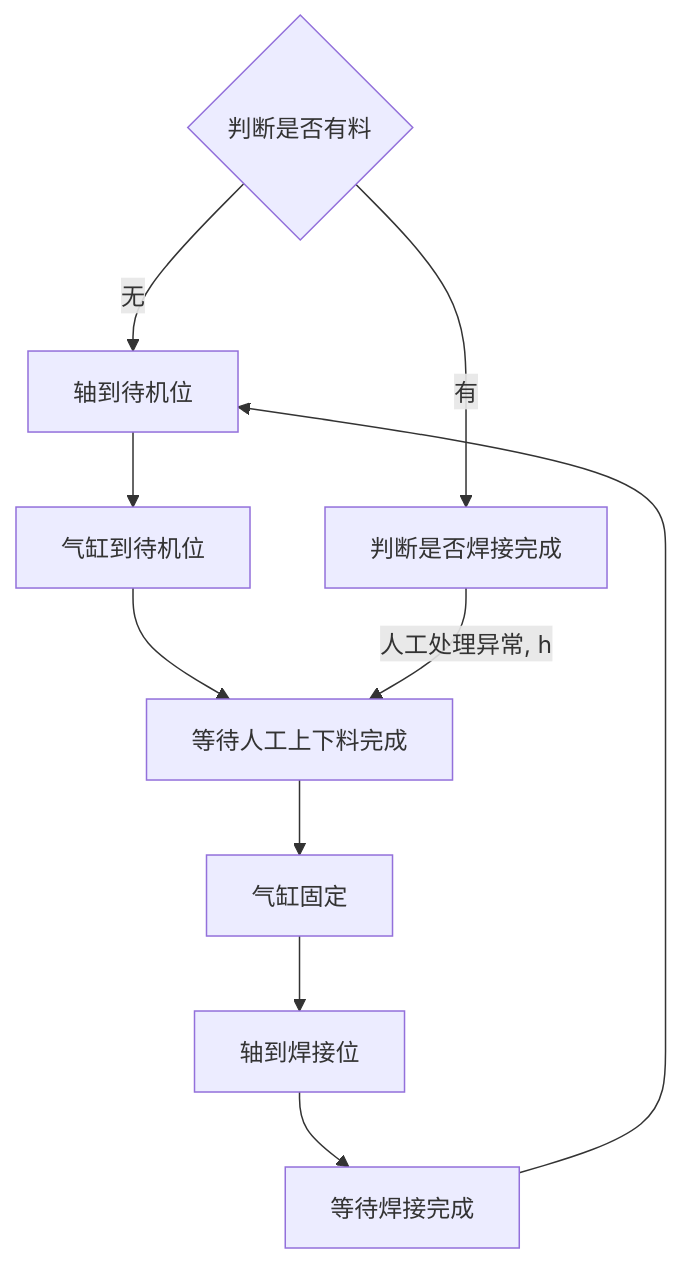
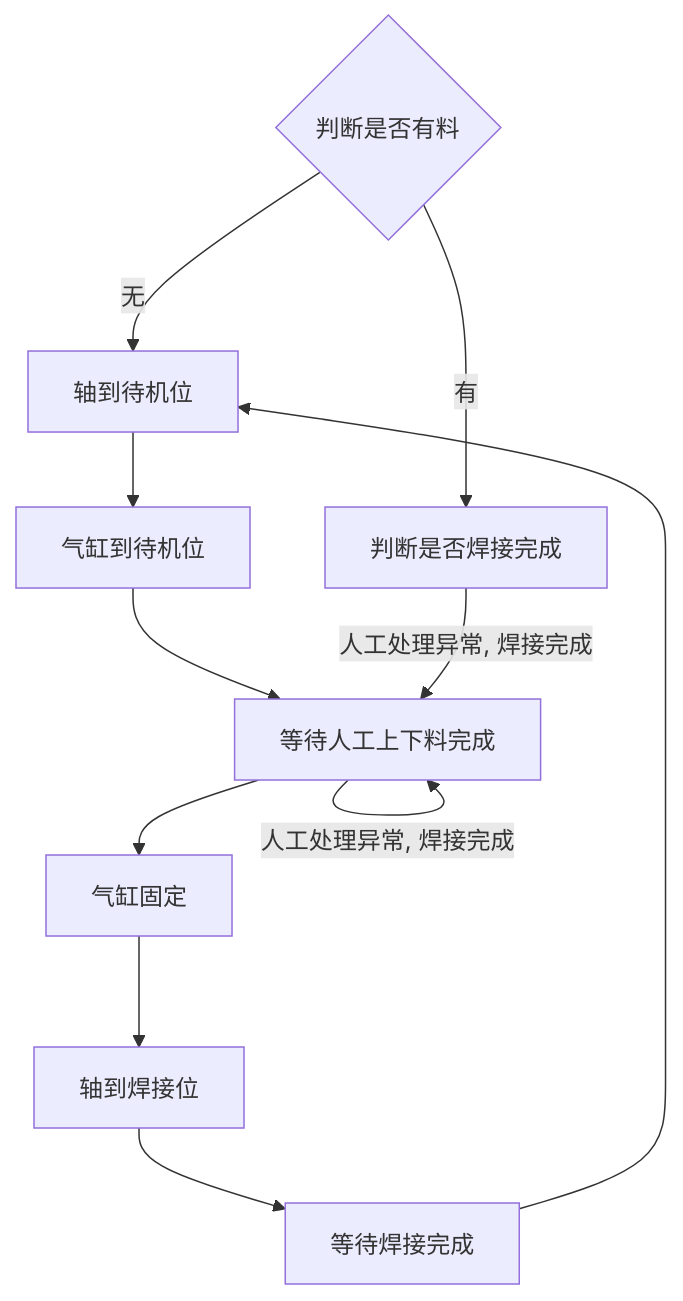
One commit to PengKun1/iodraw-files changed the diagram in all/OP10 上料工位自动流程.md. Above: the diagram before and after it, drawn with Mermaid.

Commit message:
2024-08-02 11:04:18 update

````diff
--- a/all/OP10 上料工位自动流程.md
+++ b/all/OP10 上料工位自动流程.md
@@ -1,14 +1,15 @@
 ```mermaid
 graph TD
 10{判断是否有料}-->|无|20
 10-->|有|900
 20[轴到待机位]-->30
 30[气缸到待机位]-->40
 40[等待人工上下料完成]-->50
 50[气缸固定]-->60
 60[轴到焊接位]-->70
 70[等待焊接完成]-->20
 
 
-900[判断是否焊接完成]-->|人工处理异常, h|40
+900[判断是否焊接完成]-->|人工处理异常, 焊接完成|40
+-->|人工处理异常, 焊接完成|40
 ```
````
